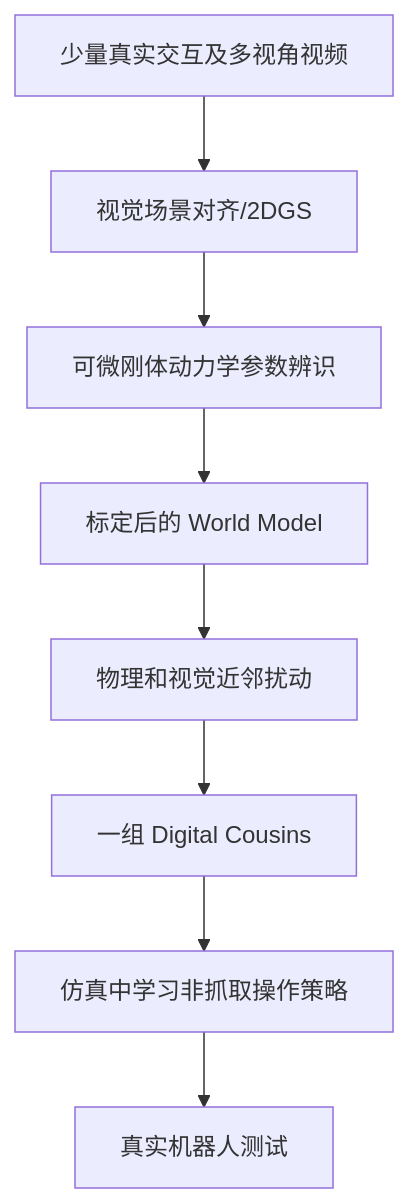
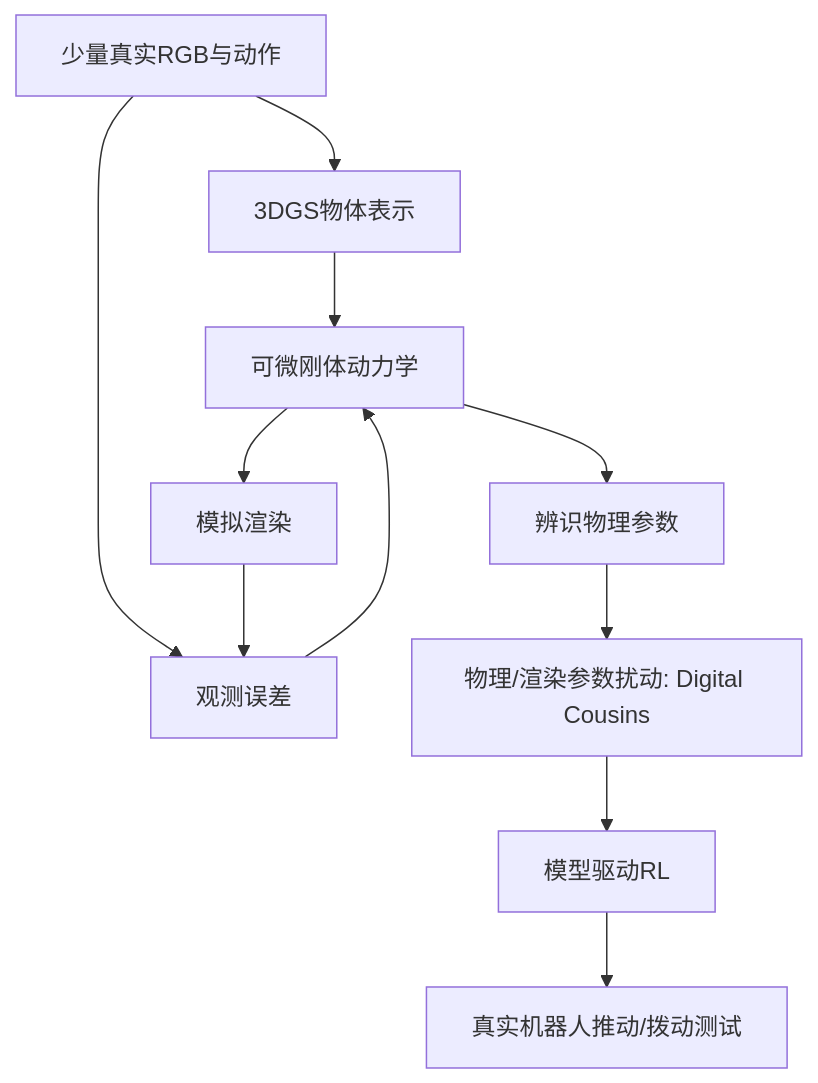
One commit to AforestSong/Sim2Real-Frontier-Survey changed the seventh of 13 diagrams in docs/Sim2Real_前沿技术路线综述_2025-2026.md. Above: the diagram before and after it, drawn with Mermaid. The commit also changed other lines of this file and 7 other files, not shown here.

````diff
--- a/docs/Sim2Real_前沿技术路线综述_2025-2026.md
+++ b/docs/Sim2Real_前沿技术路线综述_2025-2026.md
@@ -252,10 +395,13 @@
 ```mermaid
 flowchart TD
- A[少量真实交互及多视角视频] --> B[视觉场景对齐/2DGS]
- B --> C[可微刚体动力学参数辨识]
- C --> D[标定后的 World Model]
- D --> E[物理和视觉近邻扰动]
- E --> F[一组 Digital Cousins]
- F --> G[仿真中学习非抓取操作策略]
- G --> H[真实机器人测试]
+ A[少量真实RGB与动作] --> B[3DGS物体表示]
+ B --> C[可微刚体动力学]
+ C --> D[模拟渲染]
+ A --> E[观测误差]
+ D --> E
+ E --> C
+ C --> F[辨识物理参数]
+ F --> G[物理/渲染参数扰动: Digital Cousins]
+ G --> H[模型驱动RL]
+ H --> I[真实机器人推动/拨动测试]
 ```
````
